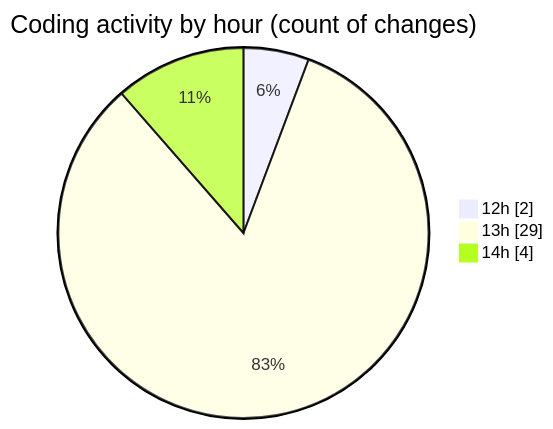
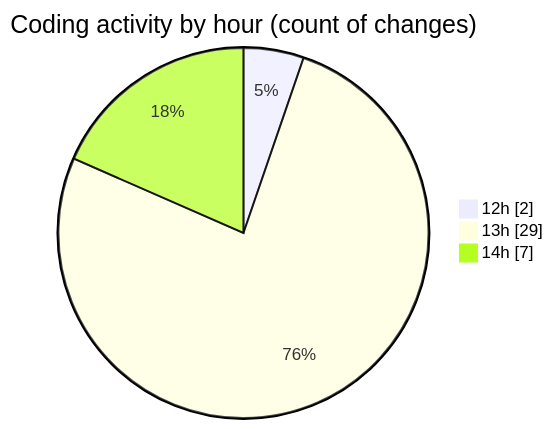
One commit to idhammustaqopulfikri/code-tracking changed the second of 2 diagrams in 2025-06-20/studio-backend/README.md. Above: the diagram before and after it, drawn with Mermaid. The commit also changed other lines of this file and 1 other file, not shown here.

````diff
--- a/2025-06-20/studio-backend/README.md
+++ b/2025-06-20/studio-backend/README.md
@@ -31,7 +32,7 @@
 ```mermaid
 pie showData
 title Coding activity by hour (count of changes)
 "12h" : 2
 "13h" : 29
-"14h" : 4
+"14h" : 7
 ```
````
